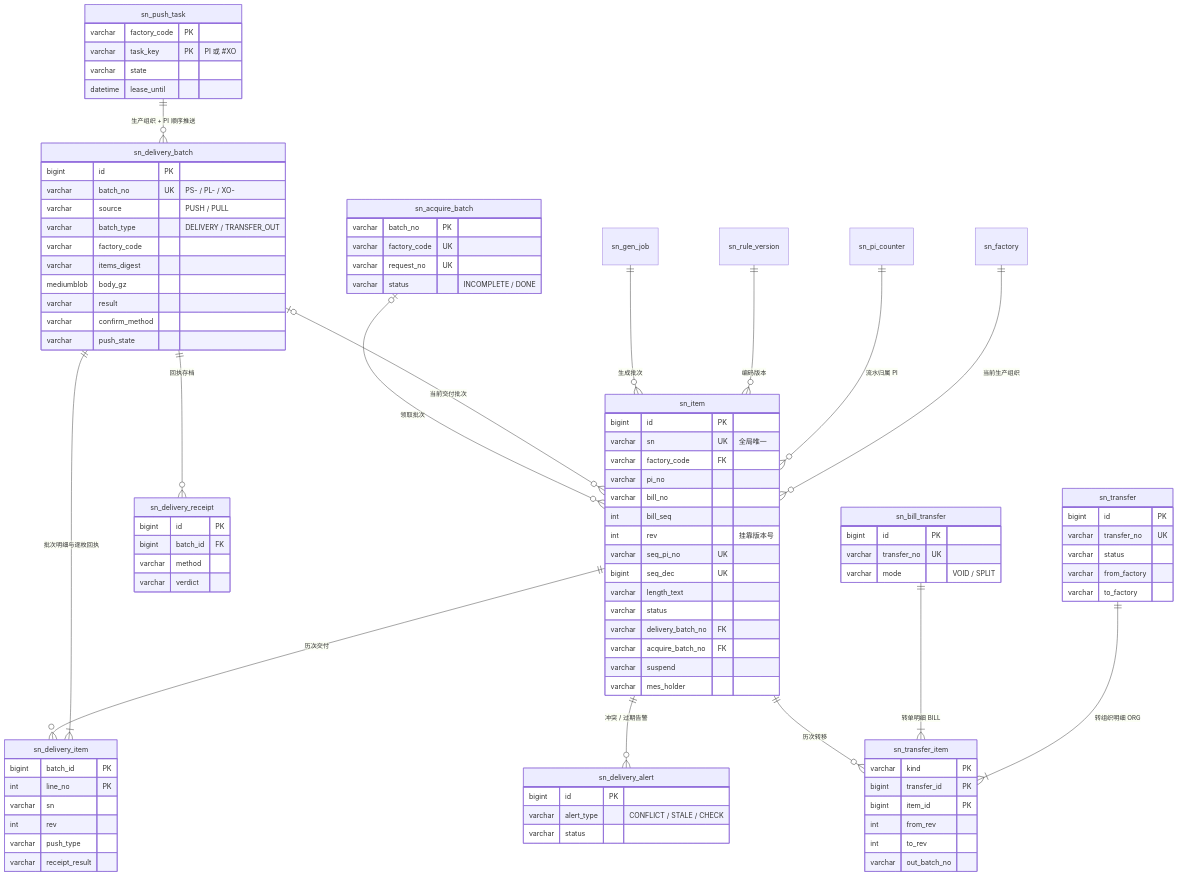
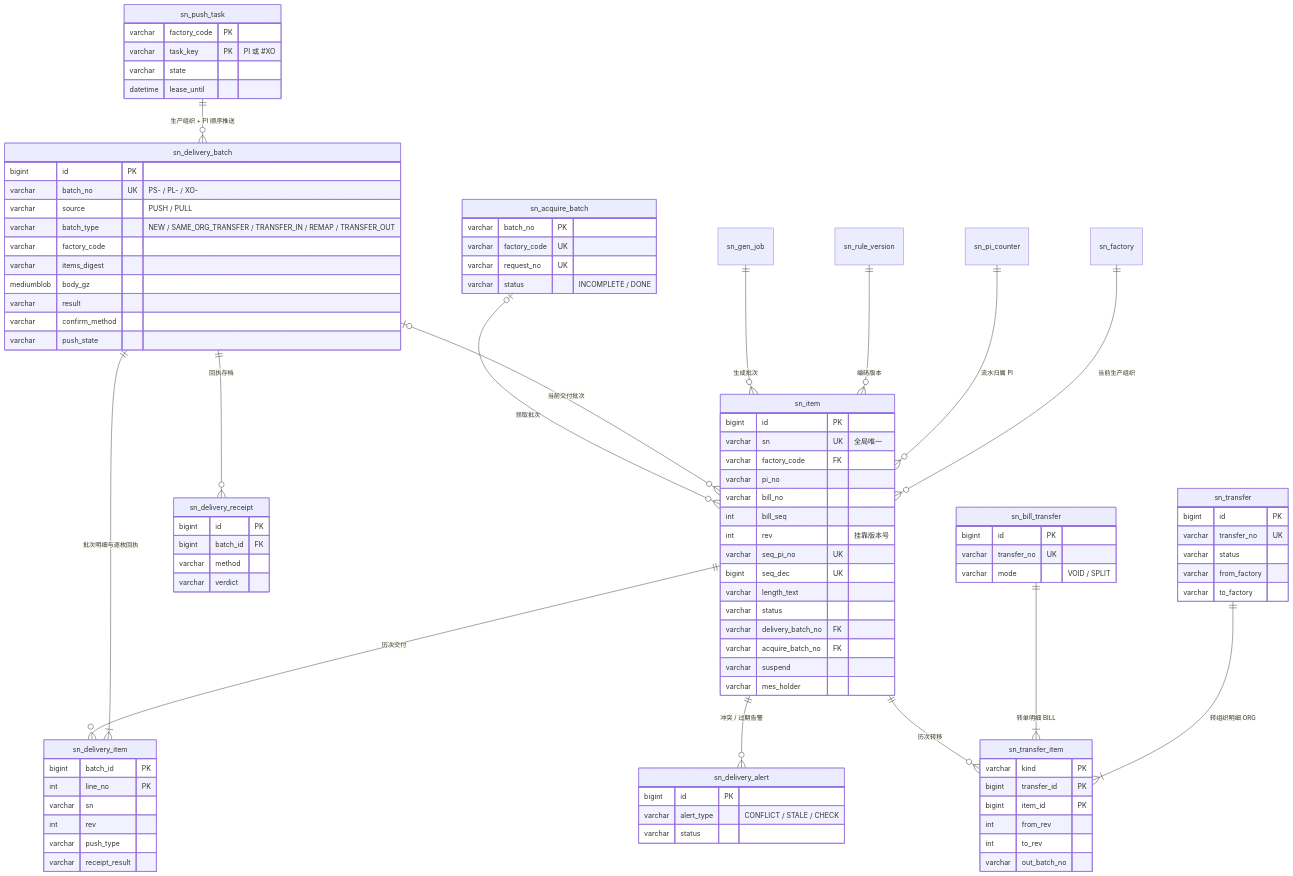
One commit to Createsnow/sn-center changed the diagram in docs/images/系统技术方案/fig2-6-er-item.mmd. Above: the diagram before and after it, drawn with Mermaid. The commit also changed 41 other files, not shown here.

First line of the commit message:
bizType 并进 batchType；确认对应、告警重推也当场建批

```diff
--- a/docs/images/系统技术方案/fig2-6-er-item.mmd
+++ b/docs/images/系统技术方案/fig2-6-er-item.mmd
@@ -1,95 +1,95 @@
 erDiagram
   sn_factory ||--o{ sn_item : "当前生产组织"
   sn_pi_counter ||--o{ sn_item : "流水归属 PI"
   sn_rule_version ||--o{ sn_item : "编码版本"
   sn_gen_job ||--o{ sn_item : "生成批次"
   sn_delivery_batch ||--|{ sn_delivery_item : "批次明细与逐枚回执"
   sn_delivery_batch ||--o{ sn_delivery_receipt : "回执存档"
   sn_item ||--o{ sn_delivery_item : "历次交付"
   sn_delivery_batch o|--o{ sn_item : "当前交付批次"
   sn_acquire_batch o|--o{ sn_item : "领取批次"
   sn_push_task ||--o{ sn_delivery_batch : "生产组织 + PI 顺序推送"
   sn_transfer ||--|{ sn_transfer_item : "转组织明细 ORG"
   sn_bill_transfer ||--|{ sn_transfer_item : "转单明细 BILL"
   sn_item ||--o{ sn_transfer_item : "历次转移"
   sn_item ||--o{ sn_delivery_alert : "冲突 / 过期告警"
   sn_item {
     bigint id PK
     varchar sn UK "全局唯一"
     varchar factory_code FK
     varchar pi_no
     varchar bill_no
     int bill_seq
     int rev "挂靠版本号"
     varchar seq_pi_no UK
     bigint seq_dec UK
     varchar length_text
     varchar status
     varchar delivery_batch_no FK
     varchar acquire_batch_no FK
     varchar suspend
     varchar mes_holder
   }
   sn_delivery_batch {
     bigint id PK
     varchar batch_no UK "PS- / PL- / XO-"
     varchar source "PUSH / PULL"
-    varchar batch_type "DELIVERY / TRANSFER_OUT"
+    varchar batch_type "NEW / SAME_ORG_TRANSFER / TRANSFER_IN / REMAP / TRANSFER_OUT"
     varchar factory_code
     varchar items_digest
     mediumblob body_gz
     varchar result
     varchar confirm_method
     varchar push_state
   }
   sn_delivery_item {
     bigint batch_id PK
     int line_no PK
     varchar sn
     int rev
     varchar push_type
     varchar receipt_result
   }
   sn_delivery_receipt {
     bigint id PK
     bigint batch_id FK
     varchar method
     varchar verdict
   }
   sn_delivery_alert {
     bigint id PK
     varchar alert_type "CONFLICT / STALE / CHECK"
     varchar status
   }
   sn_push_task {
     varchar factory_code PK
     varchar task_key PK "PI 或 #XO"
     varchar state
     datetime lease_until
   }
   sn_acquire_batch {
     varchar batch_no PK
     varchar factory_code UK
     varchar request_no UK
     varchar status "INCOMPLETE / DONE"
   }
   sn_bill_transfer {
     bigint id PK
     varchar transfer_no UK
     varchar mode "VOID / SPLIT"
   }
   sn_transfer {
     bigint id PK
     varchar transfer_no UK
     varchar status
     varchar from_factory
     varchar to_factory
   }
   sn_transfer_item {
     varchar kind PK
     bigint transfer_id PK
     bigint item_id PK
     int from_rev
     int to_rev
     varchar out_batch_no
   }
```
